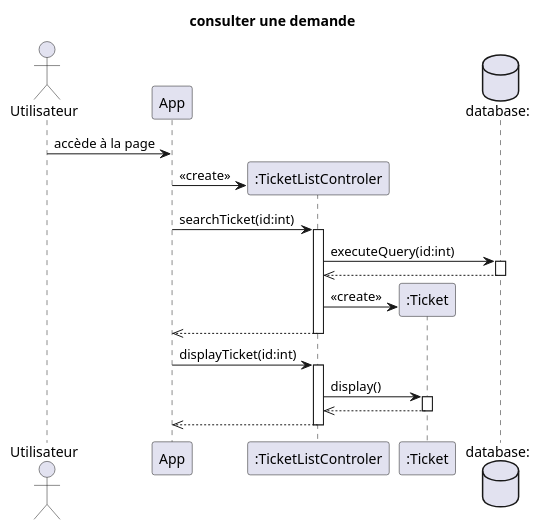
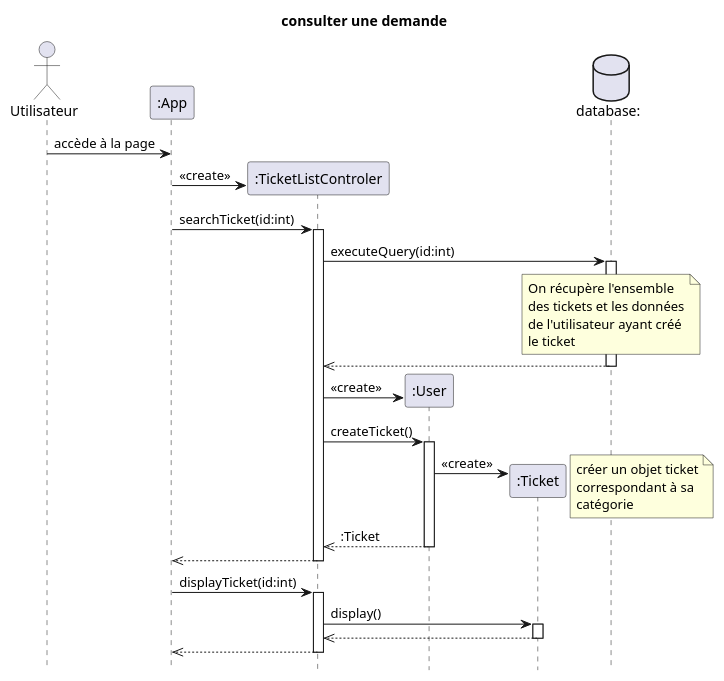
The diagram in docs/UML/diagrammes séquence/consulter une demande.puml (dorianleveque/CoHub), drawn with PlantUML before and after one commit. The commit also changed 5 other files, not shown here.

```diff
--- a/docs/UML/diagrammes séquence/consulter une demande.puml
+++ b/docs/UML/diagrammes séquence/consulter une demande.puml
@@ -1,37 +1,48 @@
 @startuml consulter une demande
 title consulter une demande
+hide footbox
 
 actor client as "Utilisateur" order 1 
-participant app as "App" order 2 
-database bdd as "database:"  order 5
+participant app as ":App" order 2 
+database bdd as "database:"  order 6
 
 client -> app :accède à la page
 create tlc as ":TicketListControler" order 3
 app -> tlc : <<create>>
 
 app -> tlc : searchTicket(id:int) 
 activate tlc
 tlc -> bdd : executeQuery(id:int)
+note over bdd: On récupère l'ensemble\ndes tickets et les données\nde l'utilisateur ayant créé \nle ticket
 activate bdd
 tlc <<-- bdd
 deactivate bdd
 
-create ticket as ":Ticket" order 4
-tlc -> ticket : <<create>>
+create user as ":User" order 4
+tlc -> user : <<create>>
+tlc -> user : createTicket()
+activate user   
+
+create ticket as ":Ticket" order 5
+user -> ticket : <<create>>
+note right: créer un objet ticket\ncorrespondant à sa \ncatégorie 
+tlc <<-- user: :Ticket
+deactivate user
+
 app <<-- tlc
 deactivate tlc
 
 app -> tlc : displayTicket(id:int)
 activate tlc
 
 tlc -> ticket : display()
 activate ticket
 
 tlc <<-- ticket: 
 deactivate ticket
 
 app <<-- tlc
 deactivate tlc
 
 
 @enduml
```
